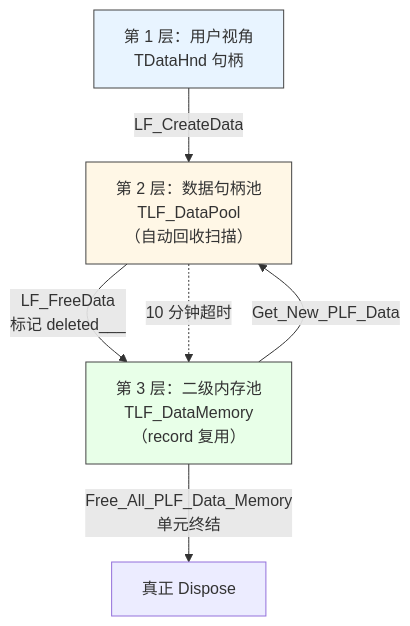
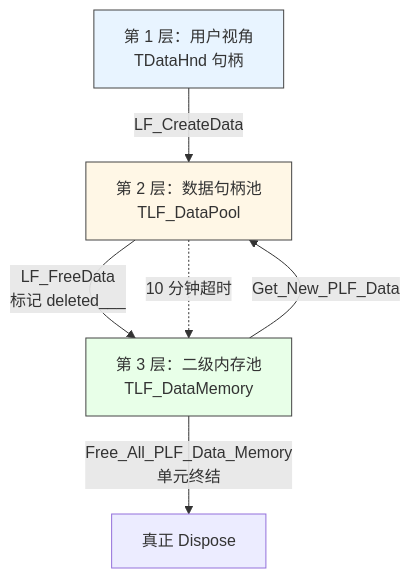
Diagram 12 of 14 in pascal/LingoFuse_Pascal_Complete_Guide.md (PassByYou888/LingoFuse), drawn with Mermaid before and after one commit. The commit also changed other lines of this file and 78 other files, not shown here.

````diff
--- a/pascal/LingoFuse_Pascal_Complete_Guide.md
+++ b/pascal/LingoFuse_Pascal_Complete_Guide.md
@@ -2301,16 +2154,12 @@
-  ```mermaid
-  flowchart TD
-      L1["第 1 层：用户视角<br/>TDataHnd 句柄"]
-      L2["第 2 层：数据句柄池<br/>TLF_DataPool<br/>（自动回收扫描）"]
-      L3["第 3 层：二级内存池<br/>TLF_DataMemory<br/>（record 复用）"]
+```mermaid
+flowchart TD
+    L1["第 1 层：用户视角<br/>TDataHnd 句柄"] -->|"LF_CreateData"| L2["第 2 层：数据句柄池<br/>TLF_DataPool"]
+    L2 -->|"LF_FreeData<br/>标记 deleted___"| L3["第 3 层：二级内存池<br/>TLF_DataMemory"]
+    L2 -.->|"10 分钟超时"| L3
+    L3 -->|"Get_New_PLF_Data"| L2
+    L3 -->|"Free_All_PLF_Data_Memory<br/>单元终结"| X["真正 Dispose"]
 
-      L1 -->|"LF_CreateData"| L2
-      L2 -->|"LF_FreeData<br/>标记 deleted___"| L3
-      L2 -.->|"10 分钟超时"| L3
-      L3 -->|"Get_New_PLF_Data"| L2
-      L3 -->|"Free_All_PLF_Data_Memory<br/>单元终结"| X["真正 Dispose"]
-
-      style L1 fill:#e8f4ff,stroke:#444
-      style L2 fill:#fff7e6,stroke:#444
-      style L3 fill:#e8ffe8,stroke:#444
-  ```
+    style L1 fill:#e8f4ff,stroke:#444
+    style L2 fill:#fff7e6,stroke:#444
+    style L3 fill:#e8ffe8,stroke:#444
+```
````
